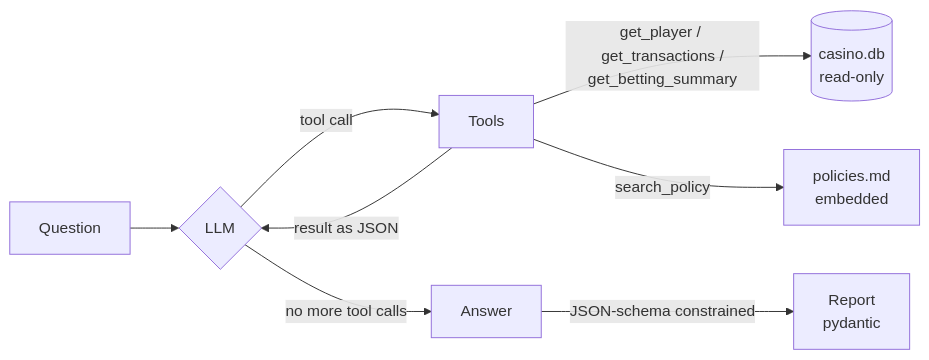
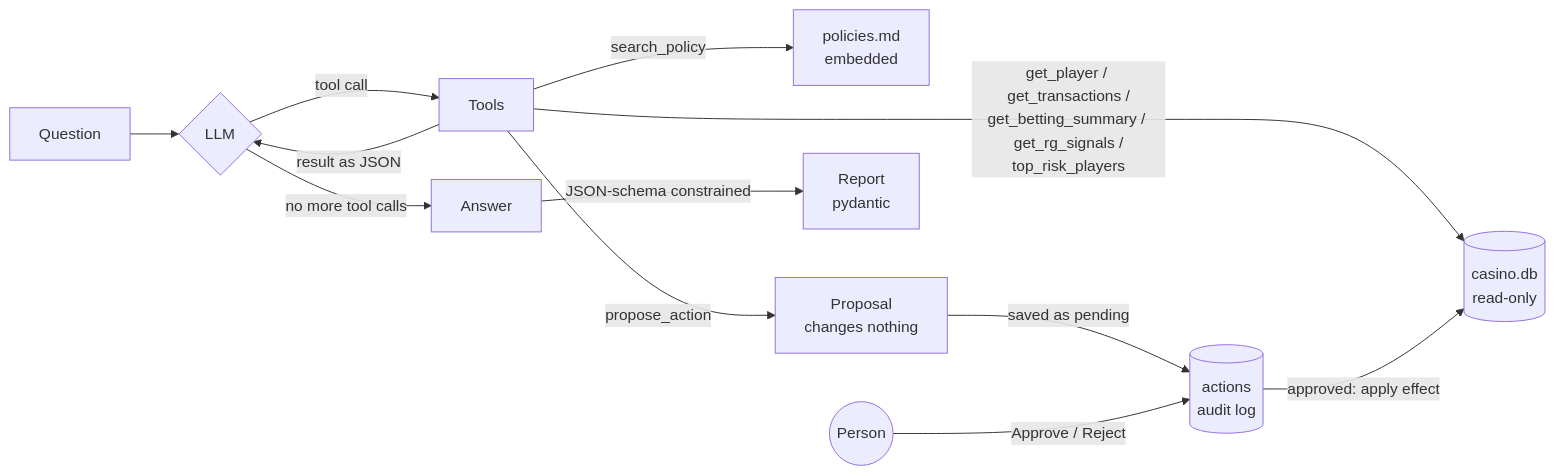
Before and after one commit to luukitto/igaming-agent: the diagram in README.md, drawn with Mermaid. The commit also changed other lines of this file and 9 other files, not shown here.

````diff
--- a/README.md
+++ b/README.md
@@ -14,10 +15,14 @@
 ```mermaid
 flowchart LR
     Q[Question] --> L{LLM}
     L -->|tool call| T[Tools]
-    T -->|get_player / get_transactions /<br>get_betting_summary| DB[(casino.db<br>read-only)]
+    T -->|get_player / get_transactions /<br>get_betting_summary / get_rg_signals /<br>top_risk_players| DB[(casino.db<br>read-only)]
     T -->|search_policy| P[policies.md<br>embedded]
+    T -->|propose_action| PR[Proposal<br>changes nothing]
     T -->|result as JSON| L
     L -->|no more tool calls| A[Answer]
     A -->|JSON-schema constrained| R[Report<br>pydantic]
+    PR -->|saved as pending| AU[(actions<br>audit log)]
+    H((Person)) -->|Approve / Reject| AU
+    AU -->|approved: apply effect| DB
 ```
````
